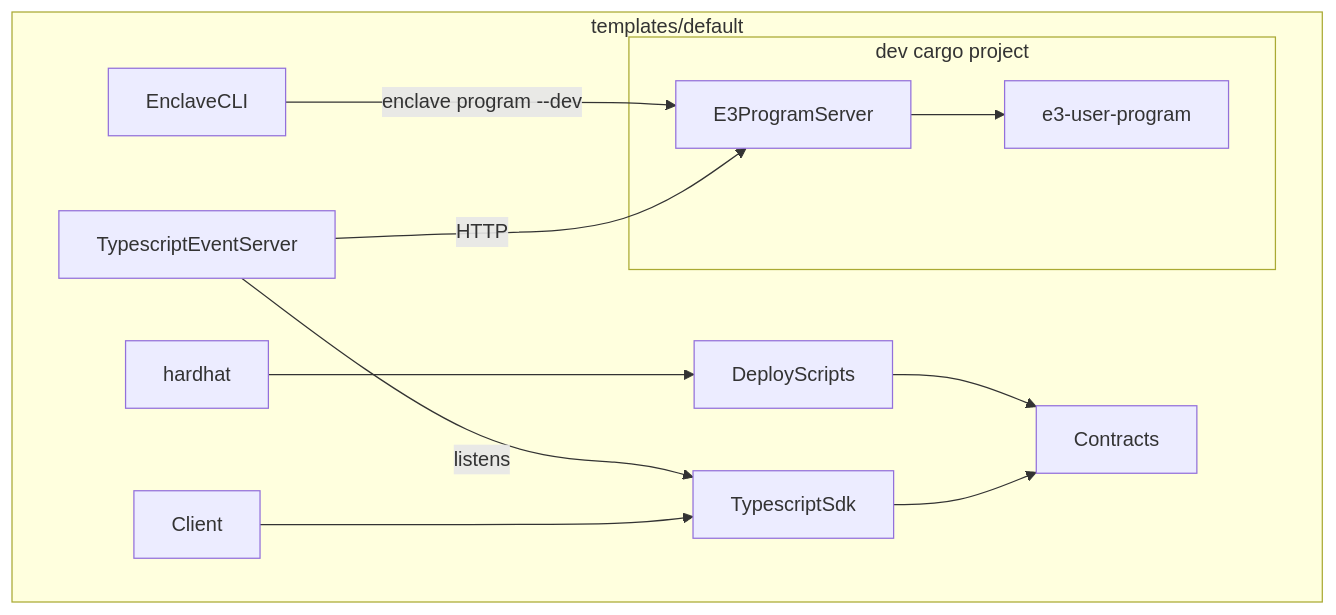
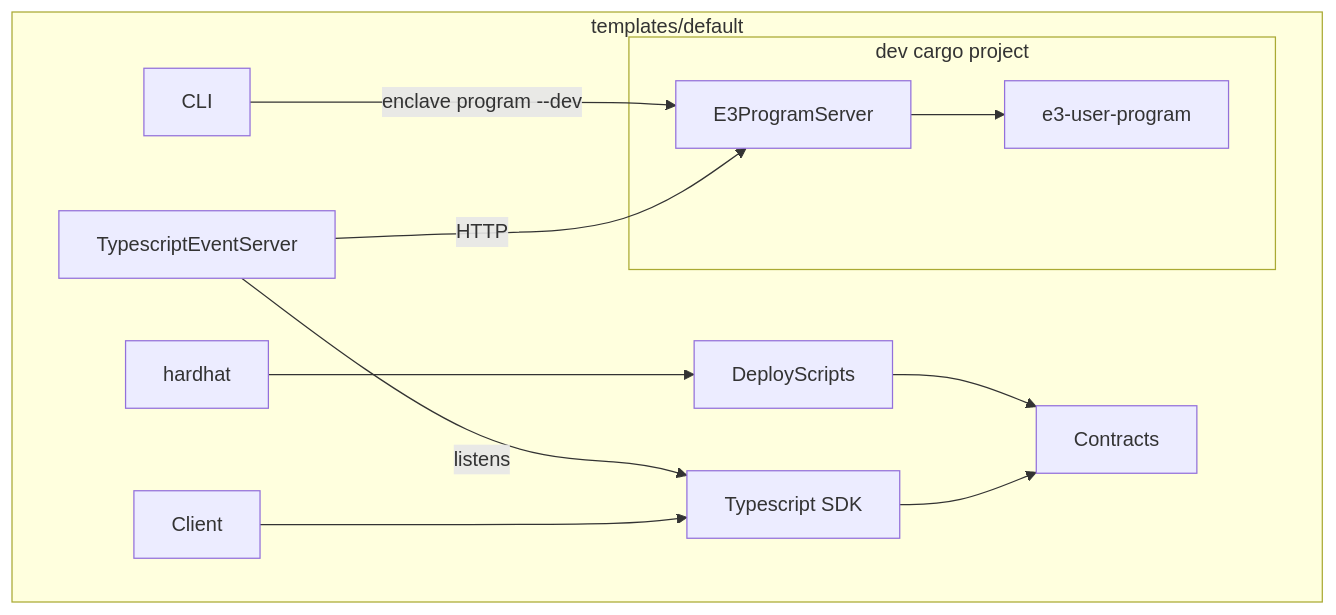
One commit to gnosisguild/enclave changed the diagram in templates/DefaultTemplate.md. Above: the diagram before and after it, drawn with Mermaid. The commit also changed 1 other file, not shown here.

Commit message:
feat: add used links

````diff
--- a/templates/DefaultTemplate.md
+++ b/templates/DefaultTemplate.md
@@ -1,26 +1,30 @@
 ```mermaid
 flowchart TD
     subgraph s1["templates/default"]
         CL["Client"]
-        SDK["TypescriptSdk"]
+        SDK["Typescript SDK"]
         TSS["TypescriptEventServer"]
-        CLI["EnclaveCLI"]
+        CLI["CLI"]
         C["Contracts"]
         D["DeployScripts"]
         HH["hardhat"]
 
         subgraph "dev cargo project"
         P["e3-user-program"]
 		PS["E3ProgramServer"]
         end
         
         CL --> SDK
         SDK --> C
         HH --> D
         D --> C
         TSS --HTTP--> PS
         TSS --listens--> SDK
         CLI --"enclave program --dev"--> PS
         PS --> P
+		SDK:::internal-link
+		C:::internal-link
+		PS:::internal-link
+		CLI:::internal-link
     end
 ```
````
